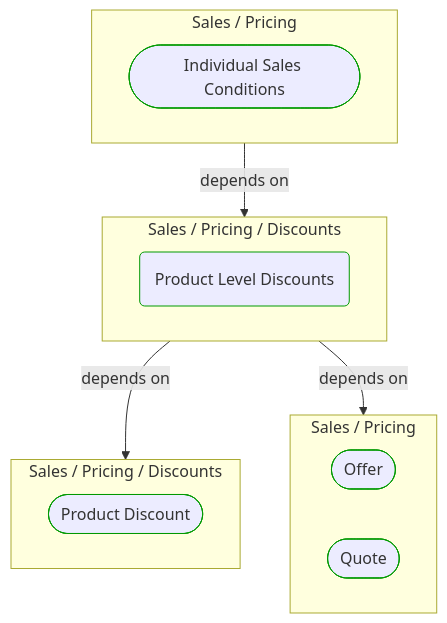
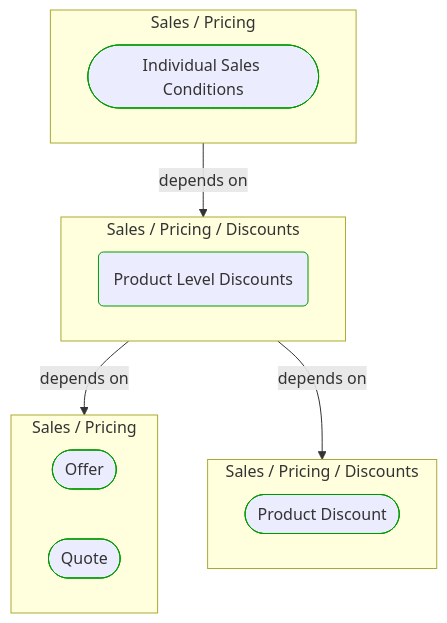
One commit to itlibrium/DDD-starter-dotnet changed the diagram in Docs/P3/MermaidOutput/Domain/Concepts/Sales/Pricing/Discounts/ProductLevelDiscounts.md. Above: the diagram before and after it, drawn with Mermaid. The commit also changed 51 other files, not shown here.

````diff
--- a/Docs/P3/MermaidOutput/Domain/Concepts/Sales/Pricing/Discounts/ProductLevelDiscounts.md
+++ b/Docs/P3/MermaidOutput/Domain/Concepts/Sales/Pricing/Discounts/ProductLevelDiscounts.md
@@ -20,27 +20,27 @@
 ```mermaid
   flowchart TB
     subgraph 0["Sales / Pricing"]
       1([Individual Sales Conditions])
       class 1 DomainPerspective
     end
     subgraph 2["Sales / Pricing / Discounts"]
       3(Product Level Discounts)
       class 3 DomainPerspective
     end
-    subgraph 4["Sales / Pricing / Discounts"]
-      5([Product Discount])
+    subgraph 4["Sales / Pricing"]
+      5([Offer])
       class 5 DomainPerspective
+      6([Quote])
+      class 6 DomainPerspective
     end
-    subgraph 6["Sales / Pricing"]
-      7([Offer])
-      class 7 DomainPerspective
-      8([Quote])
+    subgraph 7["Sales / Pricing / Discounts"]
+      8([Product Discount])
       class 8 DomainPerspective
     end
     0-->|depends on|2
     2-->|depends on|4
-    2-->|depends on|6
+    2-->|depends on|7
     classDef DomainPerspective stroke:#009900
     classDef TechnologyPerspective stroke:#1F41EB
     classDef PeoplePerspective stroke:#FFF014
 ```
````
